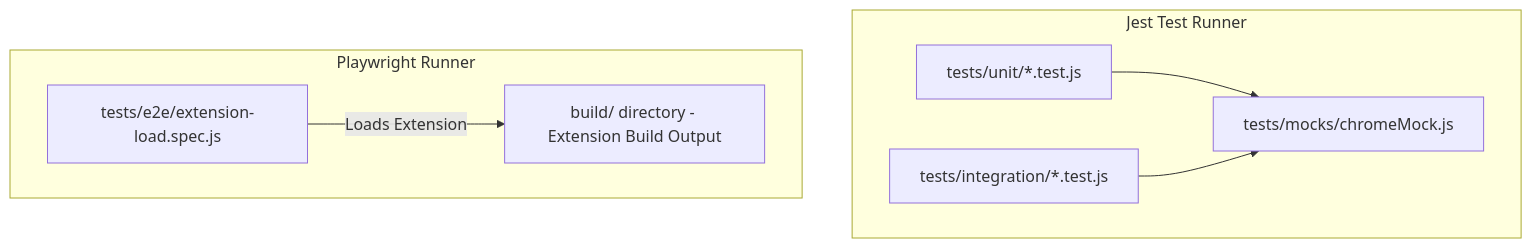
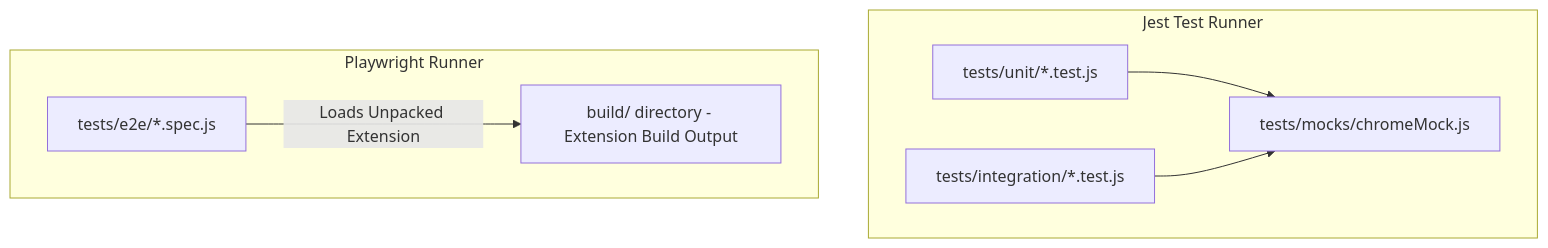
Before and after one commit to sdeanmol/algomonster-fsrs-extension: the diagram in docs/testing/test-suite-overview.md, drawn with Mermaid. The commit also changed other lines of this file and 4 other files, not shown here.

````diff
--- a/docs/testing/test-suite-overview.md
+++ b/docs/testing/test-suite-overview.md
@@ -22,16 +25,16 @@
 ```mermaid
 graph TD
     subgraph Jest Test Runner
         U[tests/unit/*.test.js]
         I[tests/integration/*.test.js]
         M[tests/mocks/chromeMock.js]
         U --> M
         I --> M
     end
 
     subgraph Playwright Runner
-        E2E[tests/e2e/extension-load.spec.js]
+        E2E[tests/e2e/*.spec.js]
         EXT[build/ directory - Extension Build Output]
-        E2E -->|Loads Extension| EXT
+        E2E -->|Loads Unpacked Extension| EXT
     end
 ```
````
